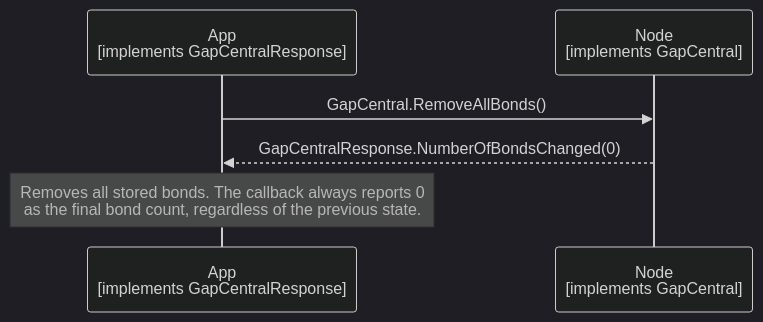
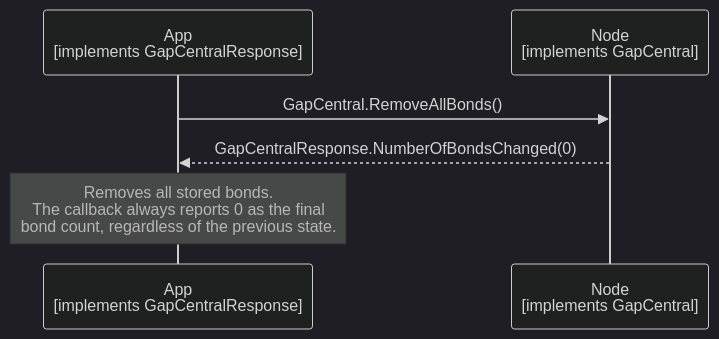
Before and after one commit to philips-software/amp-embedded-infra-lib: the diagram in documents/modules/ROOT/partials/echoservices/gap_central/GapCentral_RemoveAllBonds_sequence.mmd, drawn with Mermaid (dark theme). The commit also changed 27 other files, not shown here.

```diff
--- a/documents/modules/ROOT/partials/echoservices/gap_central/GapCentral_RemoveAllBonds_sequence.mmd
+++ b/documents/modules/ROOT/partials/echoservices/gap_central/GapCentral_RemoveAllBonds_sequence.mmd
@@ -1,6 +1,6 @@
 sequenceDiagram
     participant App as App<br>[implements GapCentralResponse]
     participant Node as Node<br>[implements GapCentral]
     App->>Node: GapCentral.RemoveAllBonds()
     Node-->>App: GapCentralResponse.NumberOfBondsChanged(0)
-    Note over App: Removes all stored bonds. The callback always reports 0<br>as the final bond count, regardless of the previous state.
+    Note over App: Removes all stored bonds.<br>The callback always reports 0 as the final<br>bond count, regardless of the previous state.
```
